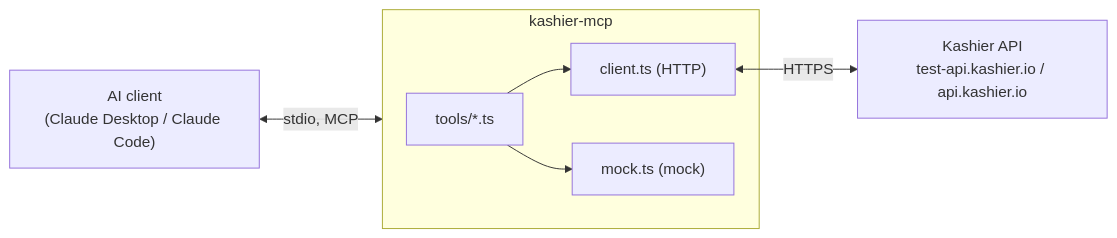
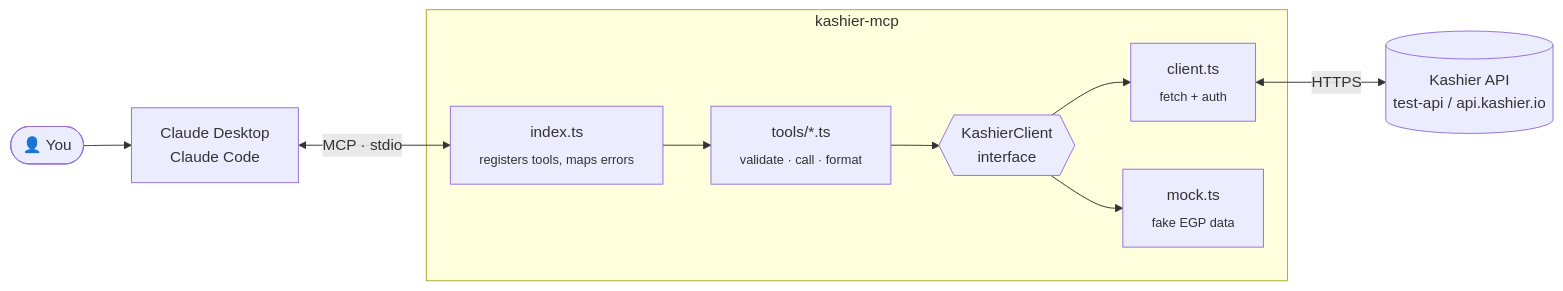
One commit to yourcoderomar/kashier-mcp- changed the diagram in README.md. Above: the diagram before and after it, drawn with Mermaid. The commit also changed other lines of this file, not shown here.

Commit message:
Polish README: quick start, verified-API notes, safety table, Desktop setup

````diff
--- a/README.md
+++ b/README.md
@@ -9,9 +182,14 @@
 ```mermaid
 flowchart LR
-    A["AI client<br/>(Claude Desktop / Claude Code)"] <-->|"stdio, MCP"| S
+    U(["👤 You"]) --> A["Claude Desktop<br/>Claude Code"]
+    A <-->|"MCP · stdio"| I
+
     subgraph S["kashier-mcp"]
-        T["tools/*.ts"] --> C["client.ts (HTTP)"]
-        T --> M["mock.ts (mock)"]
+        I["index.ts<br/><sub>registers tools, maps errors</sub>"] --> T["tools/*.ts<br/><sub>validate · call · format</sub>"]
+        T --> IF{{"KashierClient<br/>interface"}}
+        IF --> H["client.ts<br/><sub>fetch + auth</sub>"]
+        IF --> M["mock.ts<br/><sub>fake EGP data</sub>"]
     end
-    C <-->|HTTPS| K["Kashier API<br/>test-api.kashier.io / api.kashier.io"]
+
+    H <-->|HTTPS| K[("Kashier API<br/>test-api / api.kashier.io")]
 ```
````
